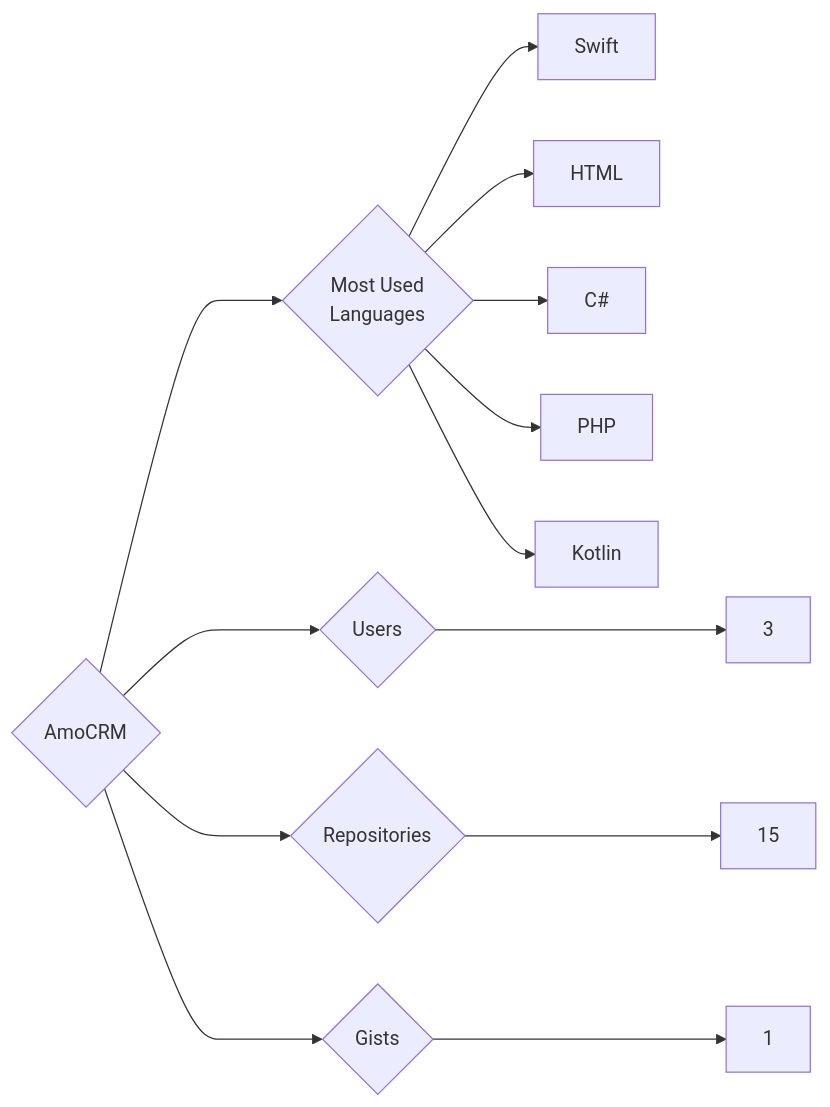
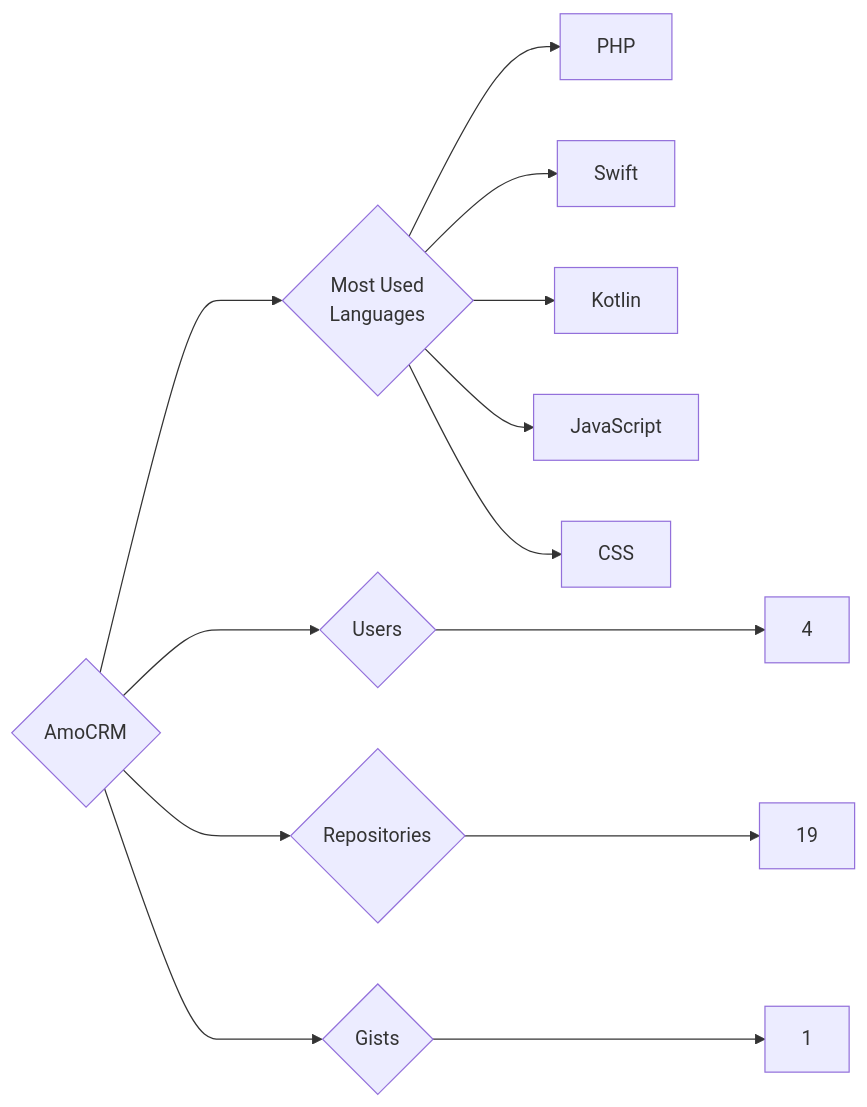
One commit to trickest/insiders changed the diagram in targets/AmoCRM/README.md. Above: the diagram before and after it, drawn with Mermaid. The commit also changed 933 other files, not shown here.

````diff
--- a/targets/AmoCRM/README.md
+++ b/targets/AmoCRM/README.md
@@ -3,13 +3,13 @@
 ```mermaid
 graph LR
 COMPANY_NAME{AmoCRM}
-COMPANY_NAME ---> U{Users} ---> UN[3]
-COMPANY_NAME ---> R{Repositories} ---> RN[15]
+COMPANY_NAME ---> U{Users} ---> UN[4]
+COMPANY_NAME ---> R{Repositories} ---> RN[19]
 COMPANY_NAME ---> G{Gists} ---> GN[1]
 COMPANY_NAME ---> ML{Most Used<br>Languages}
+ML --> PHP[PHP]
 ML --> Swift[Swift]
-ML --> HTML[HTML]
-ML --> C#[C#]
-ML --> PHP[PHP]
 ML --> Kotlin[Kotlin]
+ML --> JavaScript[JavaScript]
+ML --> CSS[CSS]
 ```
````
